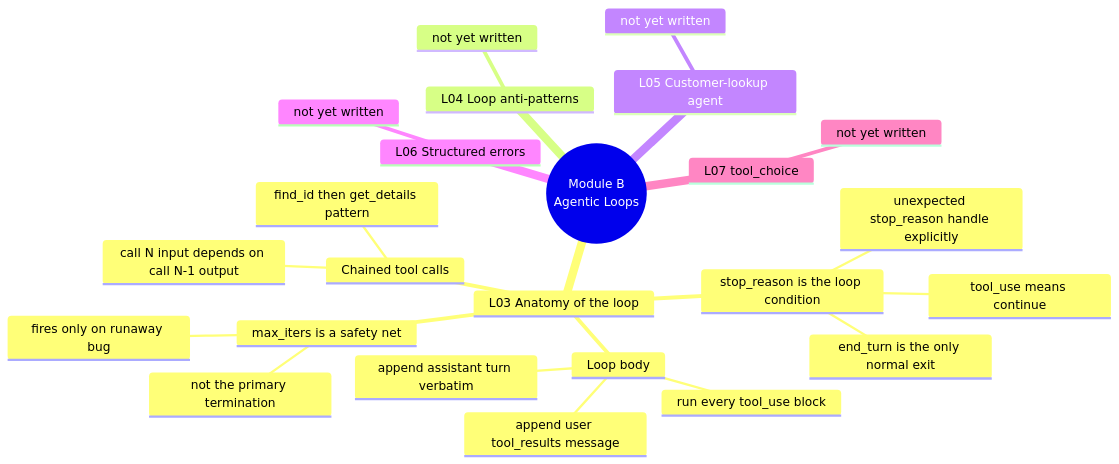
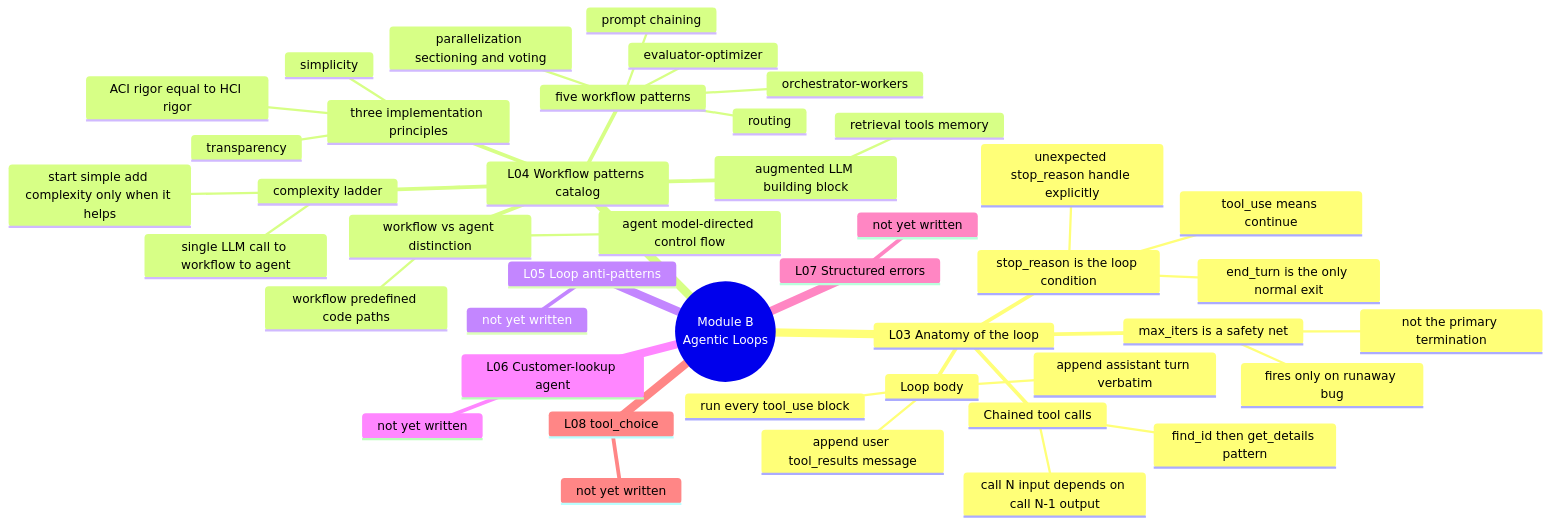
The third of 10 diagrams in mindmap.md (richierob62/claude-code-architect), drawn with Mermaid before and after one commit. The commit also changed other lines of this file and 3 other files, not shown here.

First line of the commit message:
Add Lesson 04 — workflow patterns catalog; renumber 05–34

````diff
--- a/mindmap.md
+++ b/mindmap.md
@@ -96,27 +96,46 @@
 ```mermaid
 mindmap
   root((Module B<br/>Agentic Loops))
     L03 Anatomy of the loop
       stop_reason is the loop condition
         end_turn is the only normal exit
         tool_use means continue
         unexpected stop_reason handle explicitly
       Loop body
         append assistant turn verbatim
         run every tool_use block
         append user tool_results message
       Chained tool calls
         call N input depends on call N-1 output
         find_id then get_details pattern
       max_iters is a safety net
         fires only on runaway bug
         not the primary termination
-    L04 Loop anti-patterns
+    L04 Workflow patterns catalog
+      workflow vs agent distinction
+        workflow predefined code paths
+        agent model-directed control flow
+      augmented LLM building block
+        retrieval tools memory
+      five workflow patterns
+        prompt chaining
+        routing
+        parallelization sectioning and voting
+        orchestrator-workers
+        evaluator-optimizer
+      three implementation principles
+        simplicity
+        transparency
+        ACI rigor equal to HCI rigor
+      complexity ladder
+        single LLM call to workflow to agent
+        start simple add complexity only when it helps
+    L05 Loop anti-patterns
       not yet written
-    L05 Customer-lookup agent
+    L06 Customer-lookup agent
       not yet written
-    L06 Structured errors
+    L07 Structured errors
       not yet written
-    L07 tool_choice
+    L08 tool_choice
       not yet written
 ```
````
